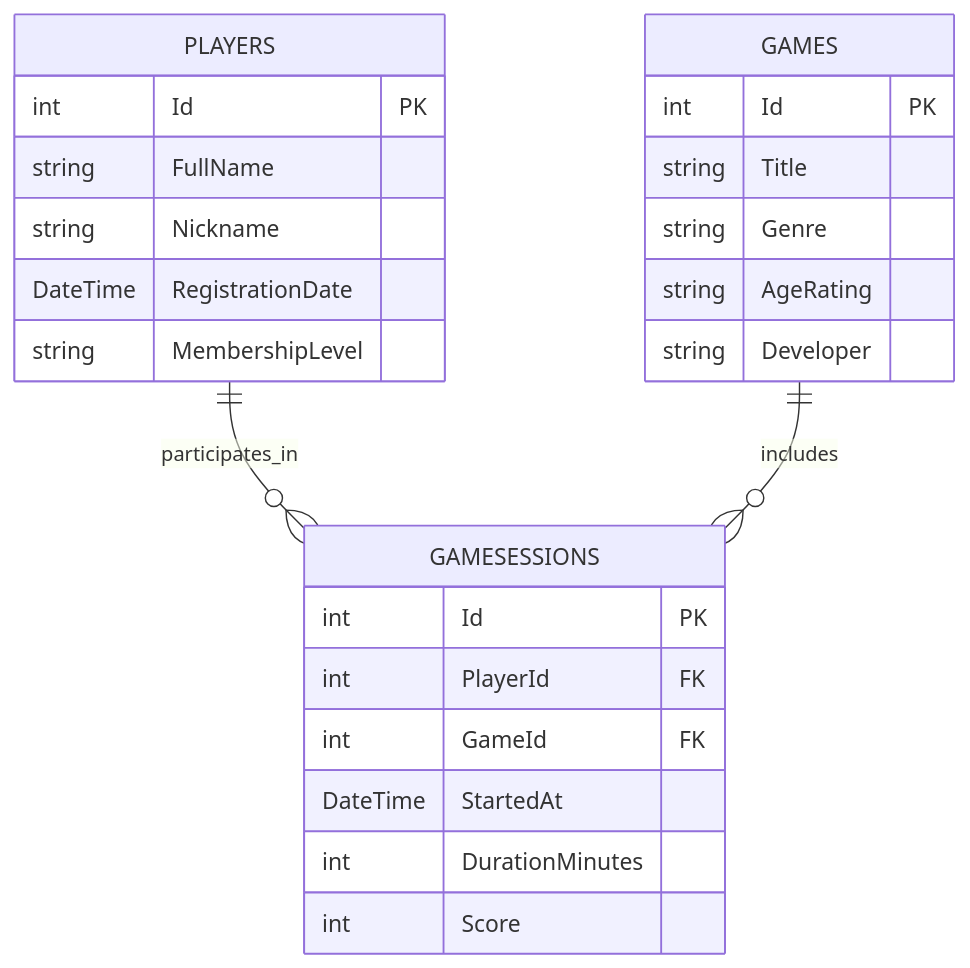
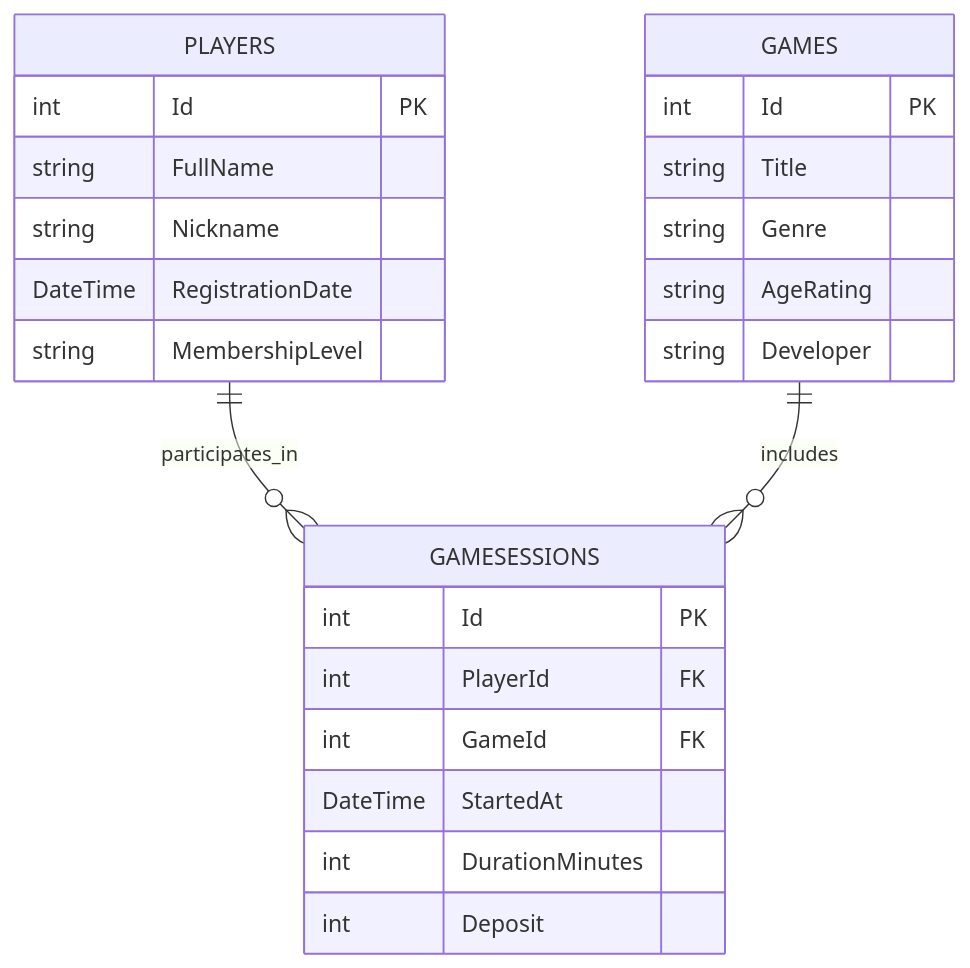
Before and after one commit to dyakovskiy08-cyber/UniversityPractice: the diagram in README.md, drawn with Mermaid. The commit also changed other lines of this file, not shown here.

Commit message:
Обновить депозит и оформление приложения

````diff
--- a/README.md
+++ b/README.md
@@ -19,30 +19,30 @@
 ```mermaid
 erDiagram
     PLAYERS ||--o{ GAMESESSIONS : participates_in
     GAMES ||--o{ GAMESESSIONS : includes
 
     PLAYERS {
         int Id PK
         string FullName
         string Nickname
         DateTime RegistrationDate
         string MembershipLevel
     }
 
     GAMES {
         int Id PK
         string Title
         string Genre
         string AgeRating
         string Developer
     }
 
     GAMESESSIONS {
         int Id PK
         int PlayerId FK
         int GameId FK
         DateTime StartedAt
         int DurationMinutes
-        int Score
+        int Deposit
     }
 ```
````
